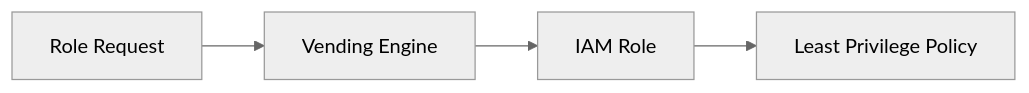
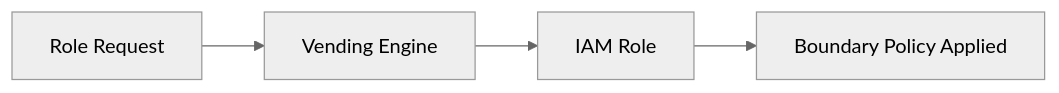
Before and after one commit to Devopstrio/hybrid-landingzone: diagram 14 of 30 in README.md, drawn with Mermaid (neutral theme). The commit also changed other lines of this file, not shown here.

Commit message:
docs: finalize premium institutional-grade README with 30+ diagrams and executive summary

````diff
--- a/README.md
+++ b/README.md
@@ -137,6 +195,6 @@
 ```mermaid
 graph LR
     Req[Role Request] --> Engine[Vending Engine]
     Engine --> Role[IAM Role]
-    Role --> Policy[Least Privilege Policy]
+    Role --> Policy[Boundary Policy Applied]
 ```
````
